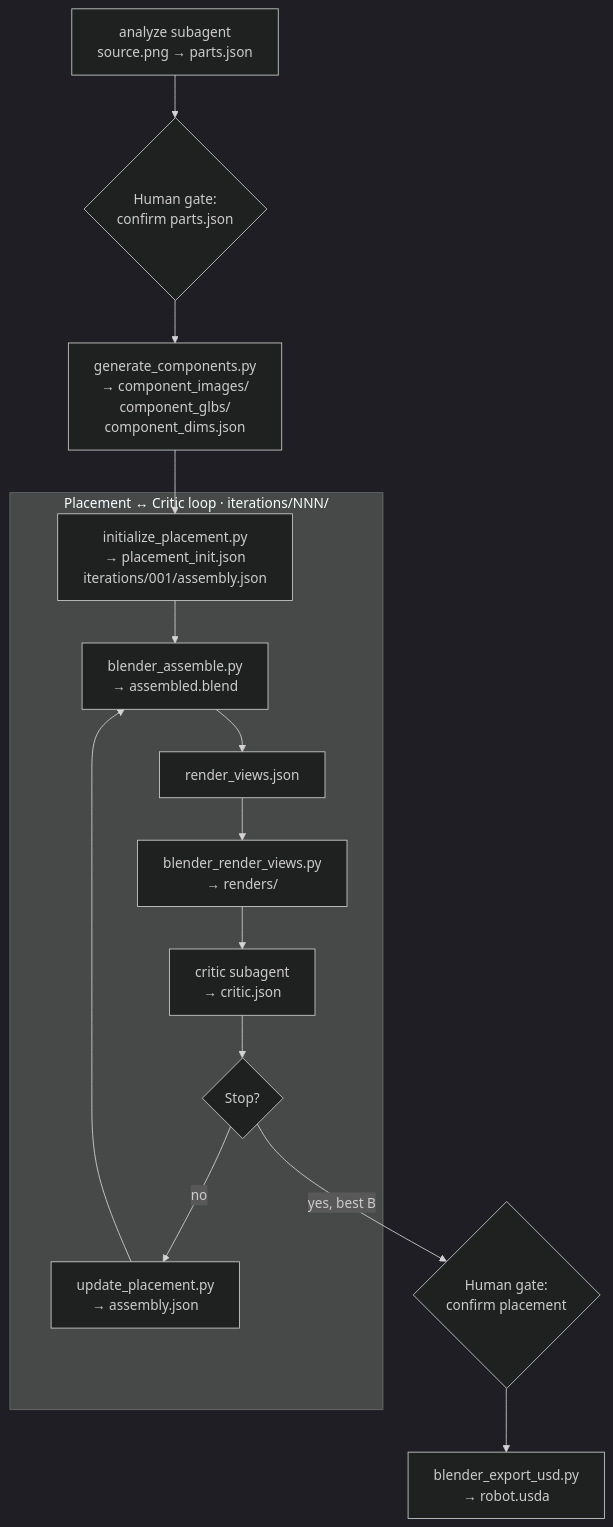
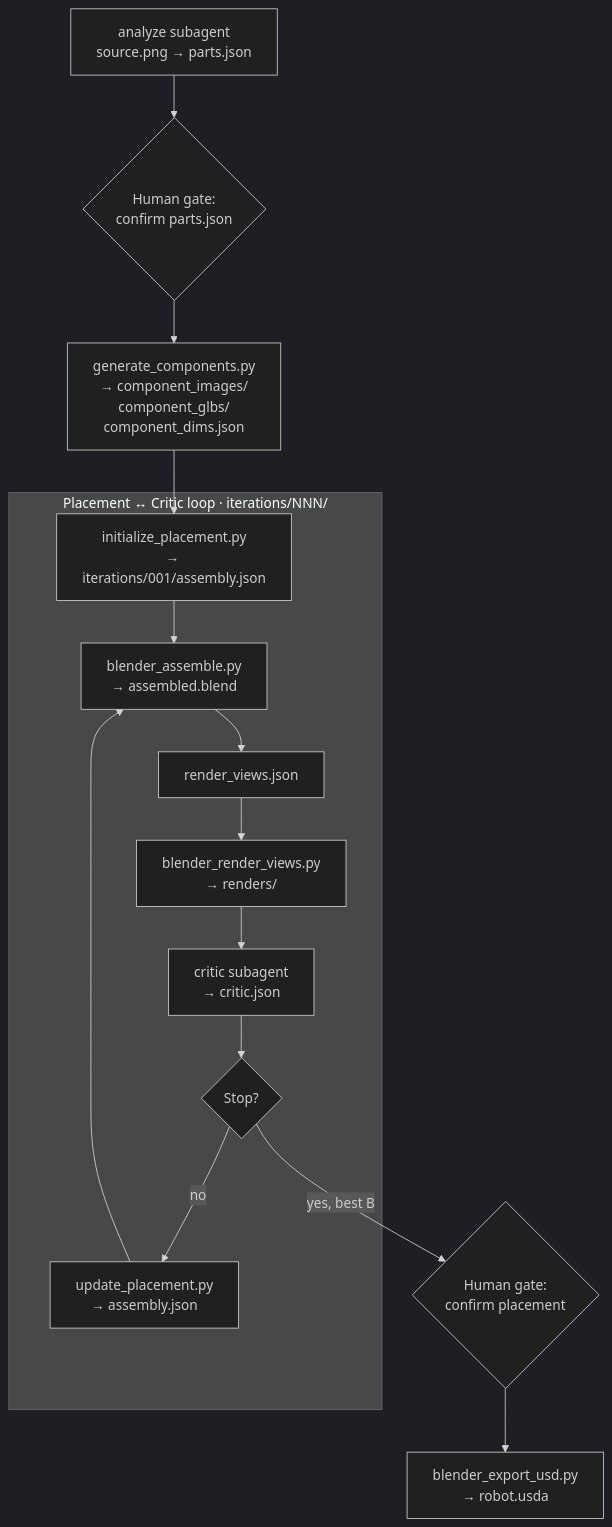
One commit to aakashvarma/dexter changed the diagram in docs/pages/architecture/agentic-loop.mdx. Above: the diagram before and after it, drawn with Mermaid (dark theme). The commit also changed other lines of this file and 30 other files, not shown here.

````diff
--- a/docs/pages/architecture/agentic-loop.mdx
+++ b/docs/pages/architecture/agentic-loop.mdx
@@ -9,19 +9,19 @@
 ```mermaid
 flowchart TD
     analyze["analyze subagent\nsource.png → parts.json"] --> gate1{"Human gate:\nconfirm parts.json"}
     gate1 --> components["generate_components.py\n→ component_images/\ncomponent_glbs/\ncomponent_dims.json"]
-    components --> init["initialize_placement.py\n→ placement_init.json\niterations/001/assembly.json"]
+    components --> init["initialize_placement.py\n→ iterations/001/assembly.json"]
 
     subgraph placeLoop ["Placement ↔ Critic loop · iterations/NNN/"]
         init --> assemble["blender_assemble.py\n→ assembled.blend"]
         apply["update_placement.py\n→ assembly.json"] --> assemble
         assemble --> renderplan["render_views.json"]
         renderplan --> render["blender_render_views.py\n→ renders/"]
         render --> critique["critic subagent\n→ critic.json"]
         critique --> decide{"Stop?"}
         decide -->|no| apply
     end
 
     decide -->|yes, best B| gate2{"Human gate:\nconfirm placement"}
     gate2 --> usd["blender_export_usd.py\n→ robot.usda"]
 ```
````
